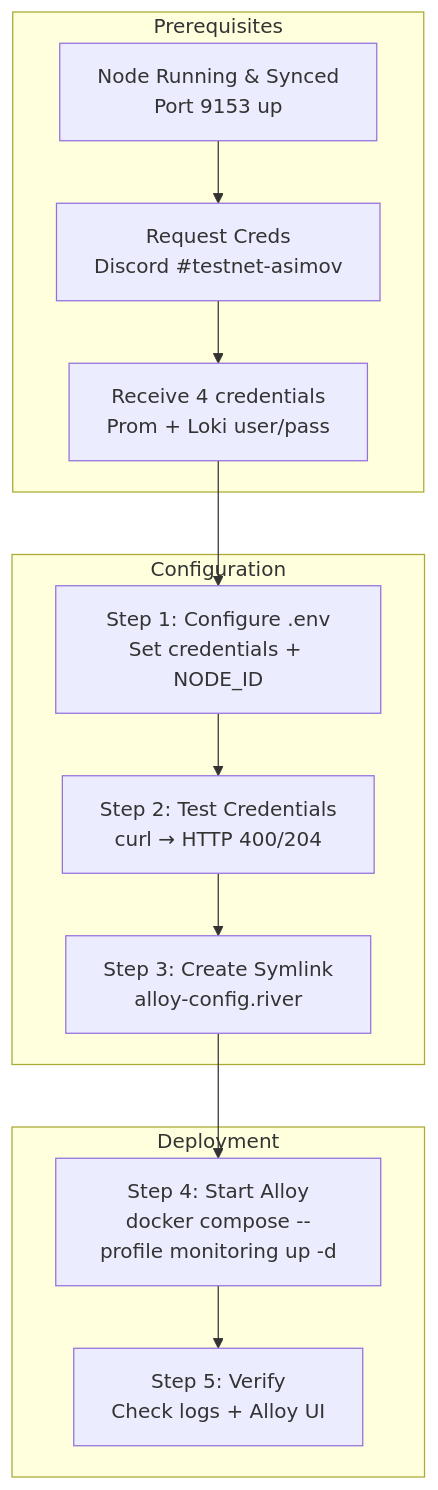
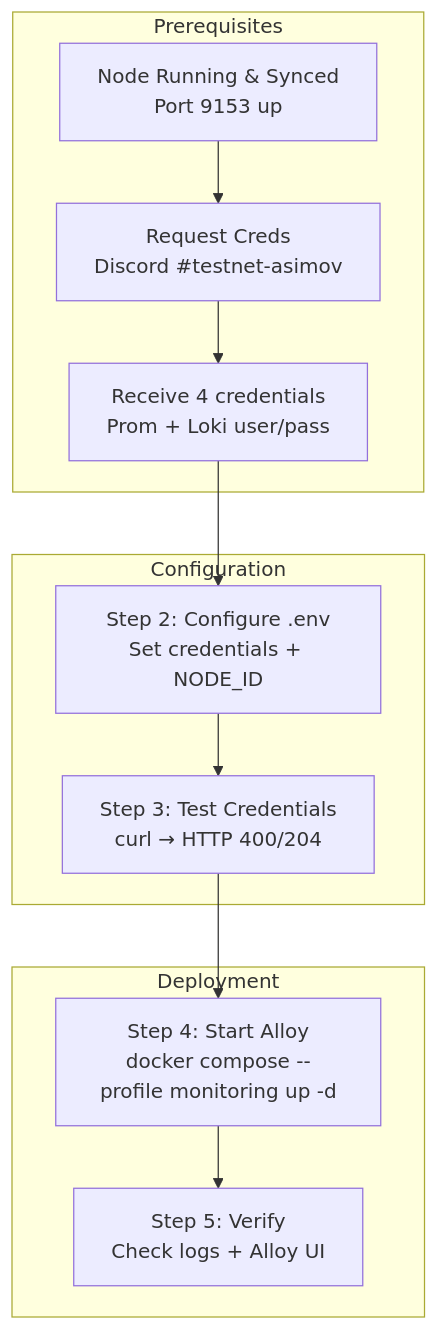
The diagram in plugins/genlayernode/skills/genlayernode/monitoring-procedure.md (genlayerlabs/skills), drawn with Mermaid before and after one commit. The commit also changed other lines of this file and 7 other files, not shown here.

First line of the commit message:
fix(skills): Add alloy symlink and telemetry docs (#2)

````diff
--- a/plugins/genlayernode/skills/genlayernode/monitoring-procedure.md
+++ b/plugins/genlayernode/skills/genlayernode/monitoring-procedure.md
@@ -8,18 +8,17 @@
 ```mermaid
 flowchart TD
     subgraph Prerequisites
         A[Node Running & Synced<br/>Port 9153 up] --> B[Request Creds<br/>Discord #testnet-asimov]
         B --> C[Receive 4 credentials<br/>Prom + Loki user/pass]
     end
 
     subgraph Configuration
-        C --> D[Step 1: Configure .env<br/>Set credentials + NODE_ID]
-        D --> E[Step 2: Test Credentials<br/>curl → HTTP 400/204]
-        E --> F[Step 3: Create Symlink<br/>alloy-config.river]
+        C --> D[Step 2: Configure .env<br/>Set credentials + NODE_ID]
+        D --> E[Step 3: Test Credentials<br/>curl → HTTP 400/204]
     end
 
     subgraph Deployment
-        F --> G[Step 4: Start Alloy<br/>docker compose --profile monitoring up -d]
-        G --> H[Step 5: Verify<br/>Check logs + Alloy UI]
+        E --> F[Step 4: Start Alloy<br/>docker compose --profile monitoring up -d]
+        F --> G[Step 5: Verify<br/>Check logs + Alloy UI]
     end
 ```
````
